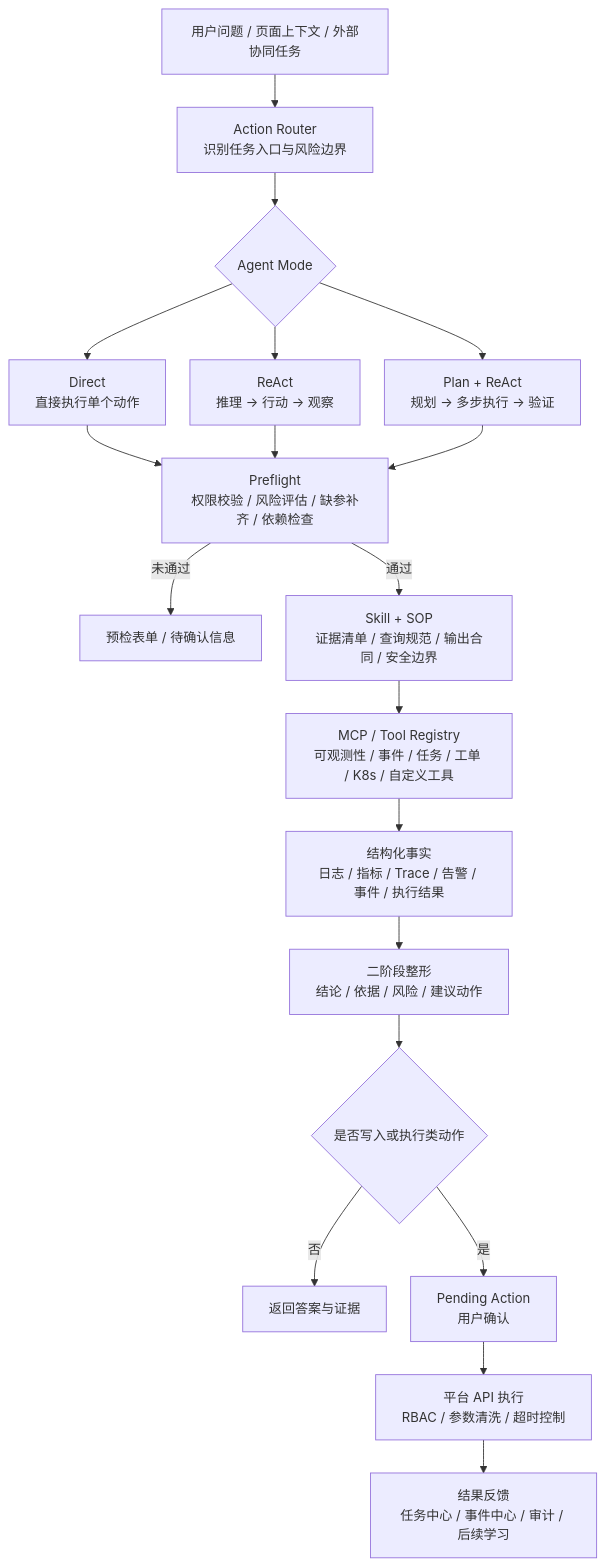
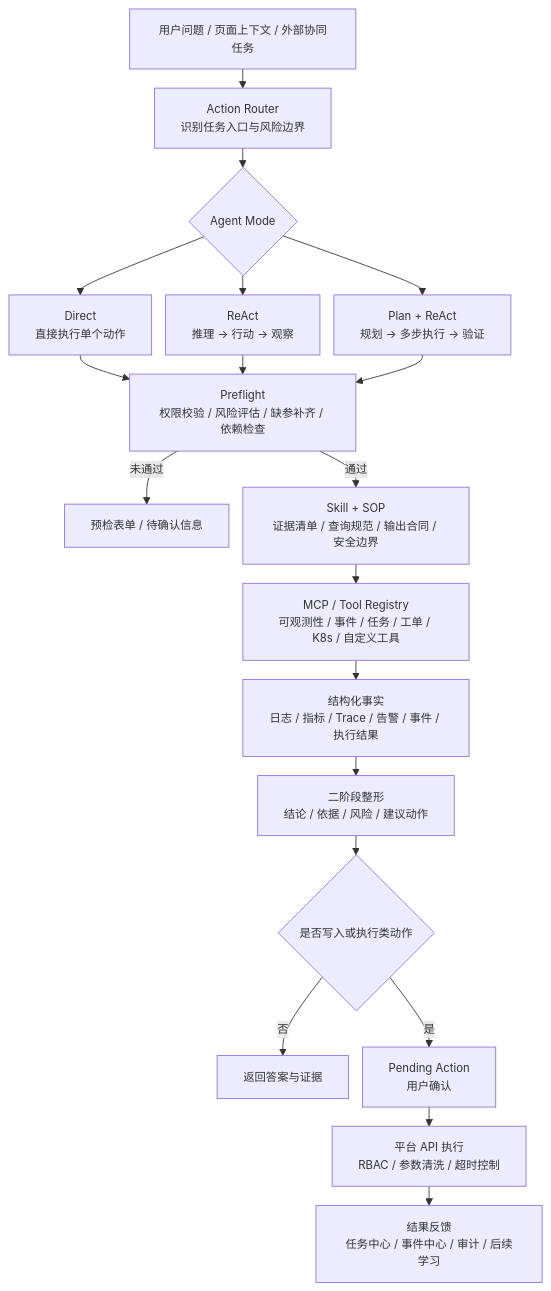
Before and after one commit to pingod/sxdevops: the first of 2 diagrams in README.md, drawn with Mermaid.

Commit message:
docs: tighten agent workflow diagram spacing

````diff
--- a/README.md
+++ b/README.md
@@ -79,24 +79,24 @@
 ```mermaid
-%%{init: {"flowchart": {"nodeSpacing": 28, "rankSpacing": 38, "curve": "basis"}, "themeVariables": {"fontSize": "15px"}}}%%
+%%{init: {"flowchart": {"nodeSpacing": 16, "rankSpacing": 22, "curve": "basis"}, "themeVariables": {"fontSize": "13px"}}}%%
 flowchart TB
     input["用户问题 / 页面上下文 / 外部协同任务"] --> router["Action Router<br/>识别任务入口与风险边界"]
     router --> mode{"Agent Mode"}
     mode --> direct["Direct<br/>直接执行单个动作"]
     mode --> react["ReAct<br/>推理 -> 行动 -> 观察"]
     mode --> plan["Plan + ReAct<br/>规划 -> 多步执行 -> 验证"]
 
     direct --> preflight["Preflight<br/>权限校验 / 风险评估 / 缺参补齐 / 依赖检查"]
     react --> preflight
     plan --> preflight
 
     preflight -->|未通过| form["预检表单 / 待确认信息"]
     preflight -->|通过| skill["Skill + SOP<br/>证据清单 / 查询规范 / 输出合同 / 安全边界"]
     skill --> mcp["MCP / Tool Registry<br/>可观测性 / 事件 / 任务 / 工单 / K8s / 自定义工具"]
     mcp --> facts["结构化事实<br/>日志 / 指标 / Trace / 告警 / 事件 / 执行结果"]
     facts --> answer["二阶段整形<br/>结论 / 依据 / 风险 / 建议动作"]
     answer --> action{"是否写入或执行类动作"}
     action -->|否| done["返回答案与证据"]
     action -->|是| confirm["Pending Action<br/>用户确认"]
     confirm --> execute["平台 API 执行<br/>RBAC / 参数清洗 / 超时控制"]
     execute --> feedback["结果反馈<br/>任务中心 / 事件中心 / 审计 / 后续学习"]
 ```
````
